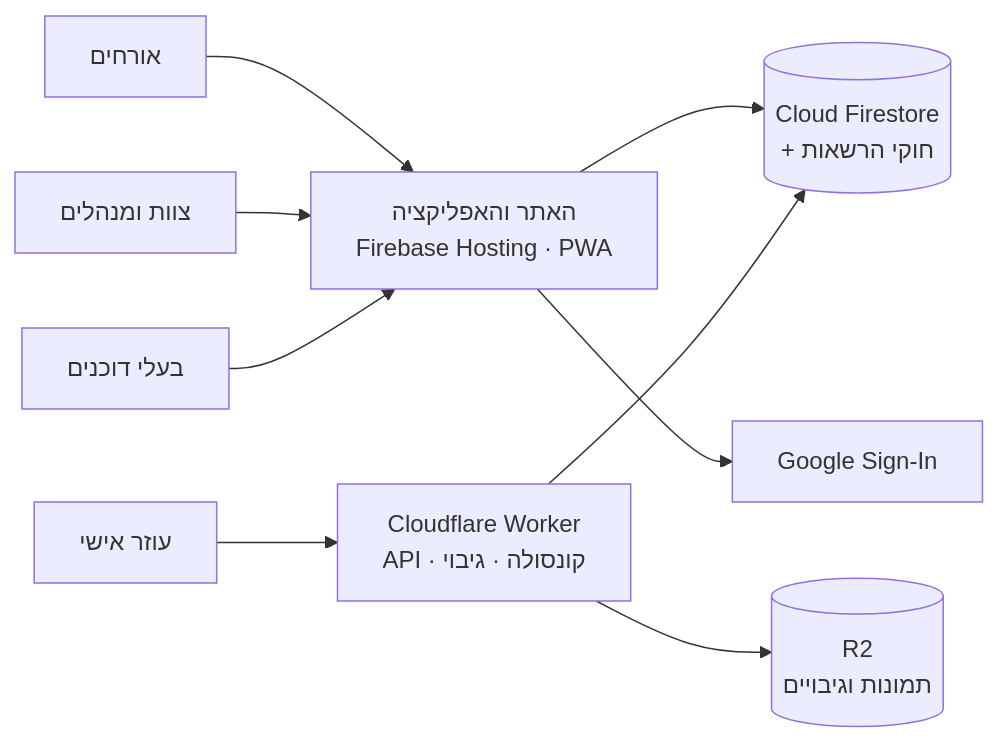
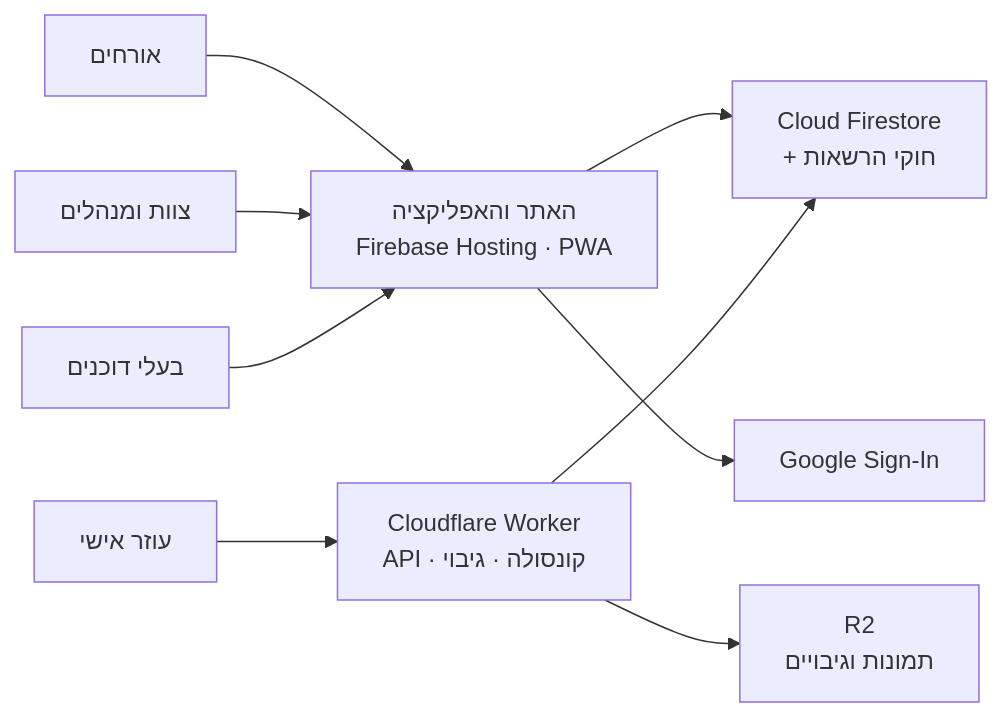
One commit to MeniViner/havat-ravve changed the diagram in README.md. Above: the diagram before and after it, drawn with Mermaid. The commit also changed other lines of this file, not shown here.

Commit message:
README: diagram readable in dark mode; no empty gallery cell

````diff
--- a/README.md
+++ b/README.md
@@ -81,11 +80,11 @@
 ```mermaid
 flowchart LR
   guest["אורחים"] --> web
   team["צוות ומנהלים"] --> web
   vendor["בעלי דוכנים"] --> web
-  web["האתר והאפליקציה<br/>Firebase Hosting · PWA"] --> fs[("Cloud Firestore<br/>+ חוקי הרשאות")]
+  web["האתר והאפליקציה<br/>Firebase Hosting · PWA"] --> fs["Cloud Firestore<br/>+ חוקי הרשאות"]
   web --> auth["Google Sign-In"]
   assistant["עוזר אישי"] --> worker["Cloudflare Worker<br/>API · קונסולה · גיבוי"]
   worker --> fs
-  worker --> r2[("R2<br/>תמונות וגיבויים")]
+  worker --> r2["R2<br/>תמונות וגיבויים"]
 ```
````
